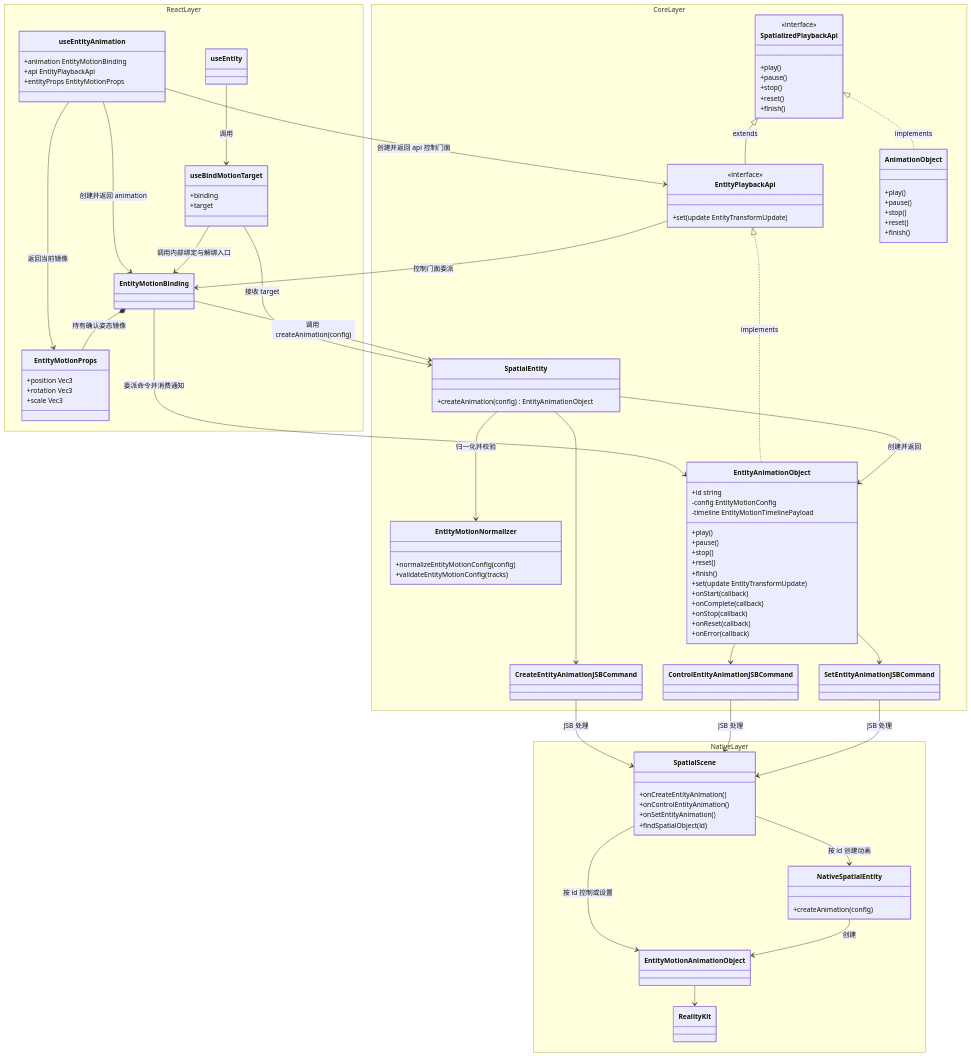
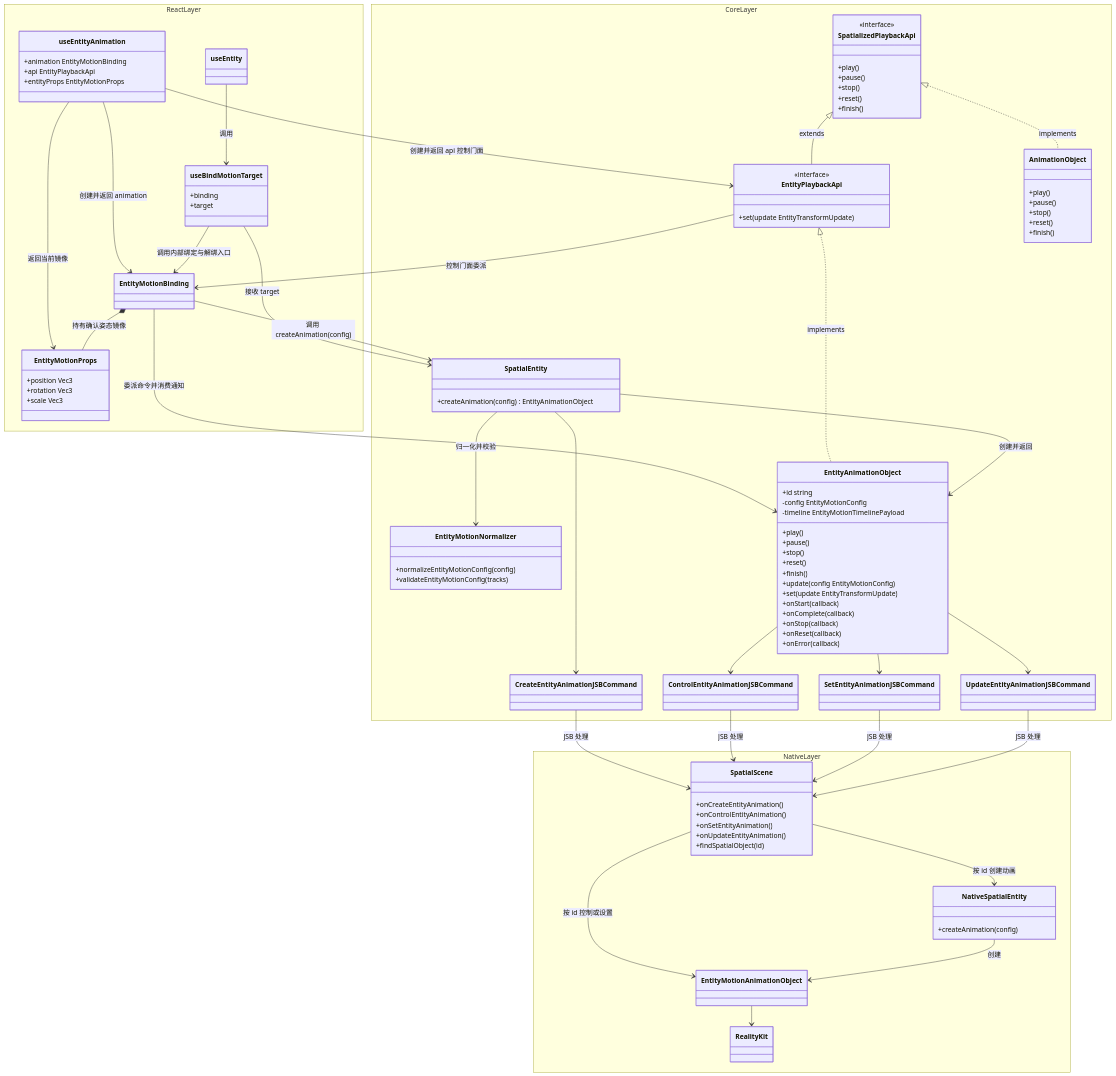
One commit to webspatial/webspatial-sdk changed the second of 14 diagrams in openspec/changes/redesign-entity-motion-api/design.zh.md. Above: the diagram before and after it, drawn with Mermaid. The commit also changed other lines of this file and 7 other files, not shown here.

```diff
--- a/openspec/changes/redesign-entity-motion-api/design.zh.md
+++ b/openspec/changes/redesign-entity-motion-api/design.zh.md
@@ -242,6 +242,7 @@
             +stop()
             +reset()
             +finish()
+            +update(config EntityMotionConfig)
             +set(update EntityTransformUpdate)
             +onStart(callback)
             +onComplete(callback)
@@ -252,12 +253,15 @@
         class CreateEntityAnimationJSBCommand
         class ControlEntityAnimationJSBCommand
         class SetEntityAnimationJSBCommand
+        class UpdateEntityAnimationJSBCommand
+        class UpdateEntityAnimationJSBCommand
     }
     namespace NativeLayer {
         class SpatialScene {
             +onCreateEntityAnimation()
             +onControlEntityAnimation()
             +onSetEntityAnimation()
+            +onUpdateEntityAnimation()
             +findSpatialObject(id)
         }
         class NativeSpatialEntity {
@@ -284,9 +288,11 @@
     SpatialEntity --> CreateEntityAnimationJSBCommand
     EntityAnimationObject --> ControlEntityAnimationJSBCommand
     EntityAnimationObject --> SetEntityAnimationJSBCommand
+    EntityAnimationObject --> UpdateEntityAnimationJSBCommand
     CreateEntityAnimationJSBCommand --> SpatialScene : JSB 处理
     ControlEntityAnimationJSBCommand --> SpatialScene : JSB 处理
     SetEntityAnimationJSBCommand --> SpatialScene : JSB 处理
+    UpdateEntityAnimationJSBCommand --> SpatialScene : JSB 处理
     SpatialScene --> NativeSpatialEntity : 按 id 创建动画
     SpatialScene --> EntityMotionAnimationObject : 按 id 控制或设置
     NativeSpatialEntity --> EntityMotionAnimationObject : 创建
```
